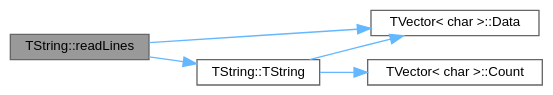
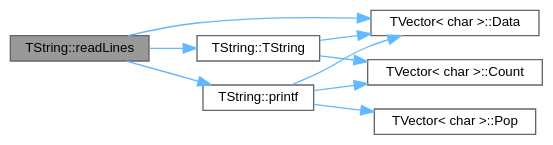
One commit to jcoelho72/TProcura changed the diagram in classTString_ae7b848f7e090aae31886c8fd535e1055_cgraph.dot. Above: the diagram before and after it, drawn with Graphviz. The commit also changed 12 other files, not shown here.

```diff
--- a/classTString_ae7b848f7e090aae31886c8fd535e1055_cgraph.dot
+++ b/classTString_ae7b848f7e090aae31886c8fd535e1055_cgraph.dot
@@ -1,16 +1,22 @@
 digraph "TString::readLines"
 {
  // LATEX_PDF_SIZE
   bgcolor="transparent";
   edge [fontname=Helvetica,fontsize=10,labelfontname=Helvetica,labelfontsize=10];
   node [fontname=Helvetica,fontsize=10,shape=box,height=0.2,width=0.4];
   rankdir="LR";
   Node1 [id="Node000001",label="TString::readLines",height=0.2,width=0.4,color="gray40", fillcolor="grey60", style="filled", fontcolor="black",tooltip=" "];
   Node1 -> Node2 [id="edge1_Node000001_Node000002",color="steelblue1",style="solid",tooltip=" "];
   Node2 [id="Node000002",label="TVector\< char \>::Data",height=0.2,width=0.4,color="grey40", fillcolor="white", style="filled",URL="$classTVector.html#addd572d70b587092fddc21a8b0f53120",tooltip="Acesso direto."];
   Node1 -> Node3 [id="edge2_Node000001_Node000003",color="steelblue1",style="solid",tooltip=" "];
-  Node3 [id="Node000003",label="TString::TString",height=0.2,width=0.4,color="grey40", fillcolor="white", style="filled",URL="$classTString.html#a2fb70d94c8fdba6d90145a01aec1ce3f",tooltip=" "];
+  Node3 [id="Node000003",label="TString::printf",height=0.2,width=0.4,color="grey40", fillcolor="white", style="filled",URL="$classTString.html#a4b9a718839325a0e057bc6e2483d3f17",tooltip=" "];
   Node3 -> Node4 [id="edge3_Node000003_Node000004",color="steelblue1",style="solid",tooltip=" "];
   Node4 [id="Node000004",label="TVector\< char \>::Count",height=0.2,width=0.4,color="grey40", fillcolor="white", style="filled",URL="$classTVector.html#ac3c744d84543ca6e32859eb7dfccfeef",tooltip=" "];
   Node3 -> Node2 [id="edge4_Node000003_Node000002",color="steelblue1",style="solid",tooltip=" "];
+  Node3 -> Node5 [id="edge5_Node000003_Node000005",color="steelblue1",style="solid",tooltip=" "];
+  Node5 [id="Node000005",label="TVector\< char \>::Pop",height=0.2,width=0.4,color="grey40", fillcolor="white", style="filled",URL="$classTVector.html#a3249913626d54e46b07e168ce1f05d87",tooltip=" "];
+  Node1 -> Node6 [id="edge6_Node000001_Node000006",color="steelblue1",style="solid",tooltip=" "];
+  Node6 [id="Node000006",label="TString::TString",height=0.2,width=0.4,color="grey40", fillcolor="white", style="filled",URL="$classTString.html#a2fb70d94c8fdba6d90145a01aec1ce3f",tooltip=" "];
+  Node6 -> Node4 [id="edge7_Node000006_Node000004",color="steelblue1",style="solid",tooltip=" "];
+  Node6 -> Node2 [id="edge8_Node000006_Node000002",color="steelblue1",style="solid",tooltip=" "];
 }
```
